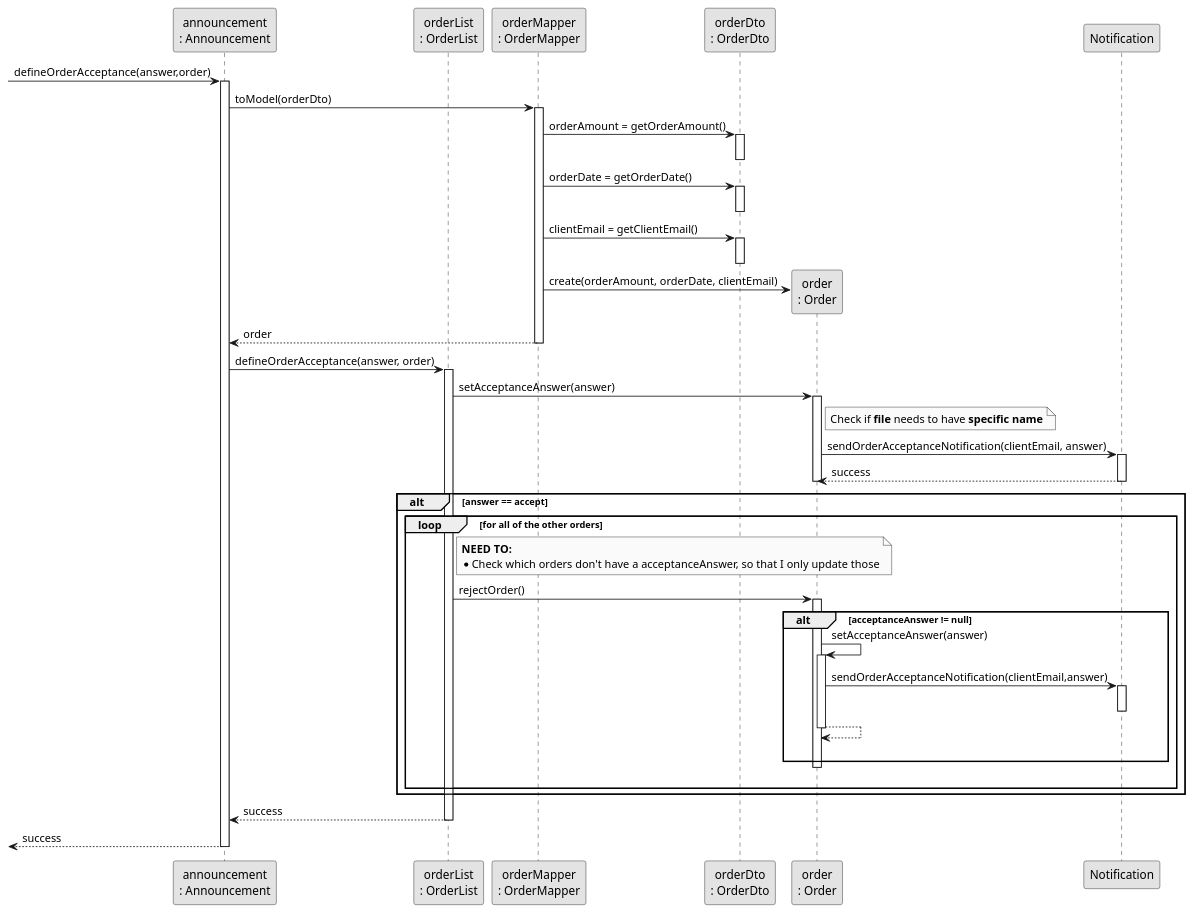
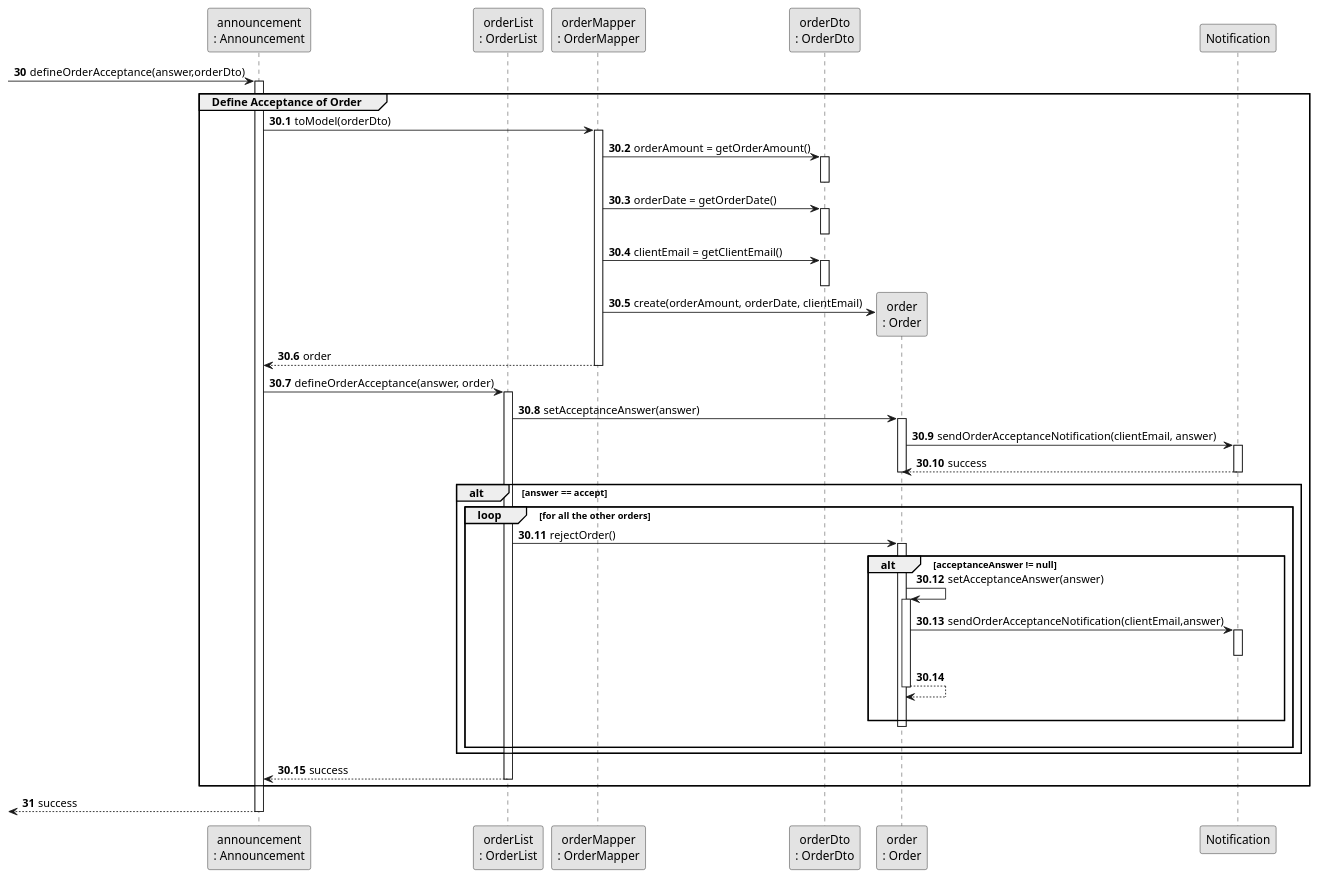
The diagram in docs/sprintC/us011/03.design/puml/us011-sequence-diagram-partial-define-acceptance.puml (rita-barbosa/LAPR2-2223), drawn with PlantUML before and after one commit. The commit also changed 11 other files, not shown here.

Commit message:
Update sequence diagram : split; full; partial [US011][Design]

```diff
--- a/docs/sprintC/us011/03.design/puml/us011-sequence-diagram-partial-define-acceptance.puml
+++ b/docs/sprintC/us011/03.design/puml/us011-sequence-diagram-partial-define-acceptance.puml
@@ -1,91 +1,88 @@
 @startuml
 skinparam monochrome true
 skinparam packageStyle rectangle
 skinparam shadowing false
 
 
 participant "announcement\n: Announcement" as Announce
 participant "orderList\n: OrderList" as OrderList
 participant "orderMapper\n: OrderMapper" as OrderMapper
 participant "orderDto\n: OrderDto" as OrderDTO
 participant "order\n: Order" as Order
 
 
-
-    -> Announce : defineOrderAcceptance(answer,order)
+autonumber 30
+    -> Announce : defineOrderAcceptance(answer,orderDto)
     activate Announce
 
+group Define Acceptance of Order
+autonumber 30.1
     Announce -> OrderMapper: toModel(orderDto)
     activate OrderMapper
 
     OrderMapper -> OrderDTO : orderAmount = getOrderAmount()
     activate OrderDTO
     deactivate OrderDTO
 
     OrderMapper -> OrderDTO : orderDate = getOrderDate()
     activate OrderDTO
     deactivate OrderDTO
 
     OrderMapper -> OrderDTO : clientEmail = getClientEmail()
     activate OrderDTO
     deactivate OrderDTO
 
     OrderMapper -> Order** : create(orderAmount, orderDate, clientEmail)
 
     OrderMapper --> Announce : order
     deactivate OrderMapper
 
     Announce -> OrderList : defineOrderAcceptance(answer, order)
     activate OrderList
 
     OrderList -> Order : setAcceptanceAnswer(answer)
-                activate Order
-
-                    note right Order
-                        Check if **file** needs to have **specific name**
-                    end note
+    activate Order
 
     Order -> Notification: sendOrderAcceptanceNotification(clientEmail, answer)
     activate Notification
     Notification --> Order : success
     deactivate Notification
 
     deactivate Order
         alt answer == accept
 
-            loop for all of the other orders
-                note right OrderList
-                    **NEED TO:**
-                    * Check which orders don't have a acceptanceAnswer, so that I only update those
-                end note
+            loop for all the other orders
 
             OrderList -> Order : rejectOrder()
             activate Order
 
             alt acceptanceAnswer != null
             Order -> Order : setAcceptanceAnswer(answer)
             activate Order
 
             Order -> Notification: sendOrderAcceptanceNotification(clientEmail,answer)
             activate Notification
             deactivate Notification
 
             Order --> Order:
             deactivate Order
              |||
             end alt
             deactivate Order
             |||
             end loop
 
         end alt
     OrderList --> Announce: success
     deactivate OrderList
 
+end group
+
+autonumber 31
     <-- Announce: success
     deactivate Announce
 
 
 
 
 @enduml
```
